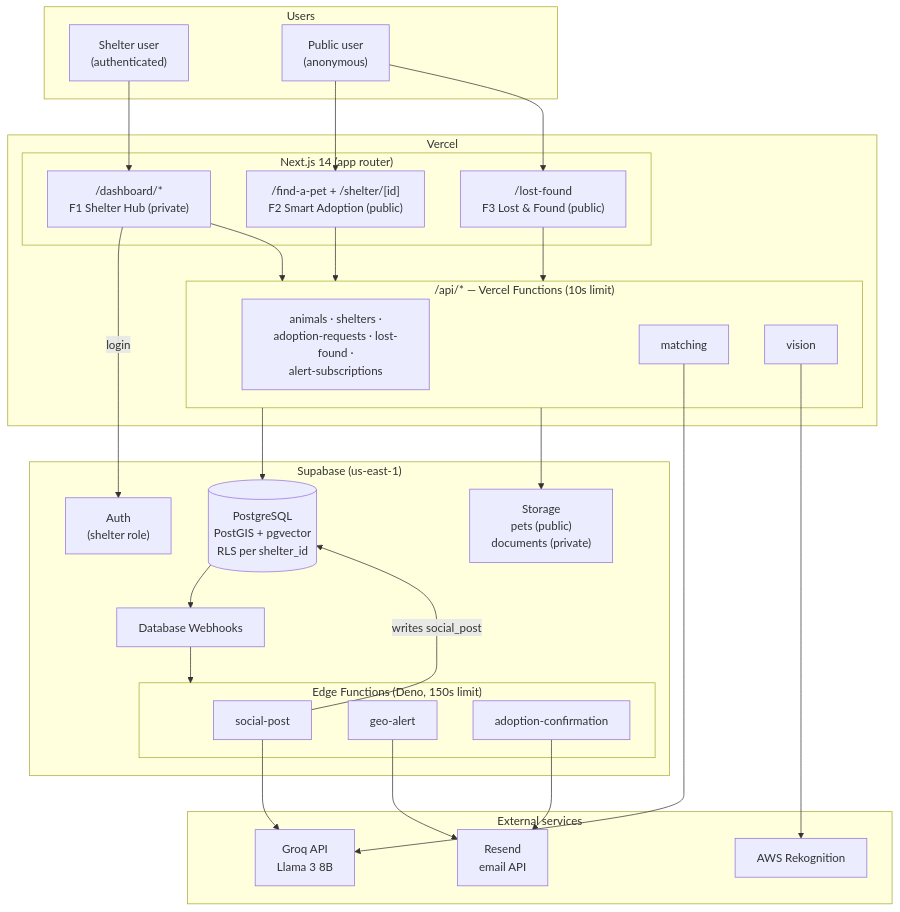
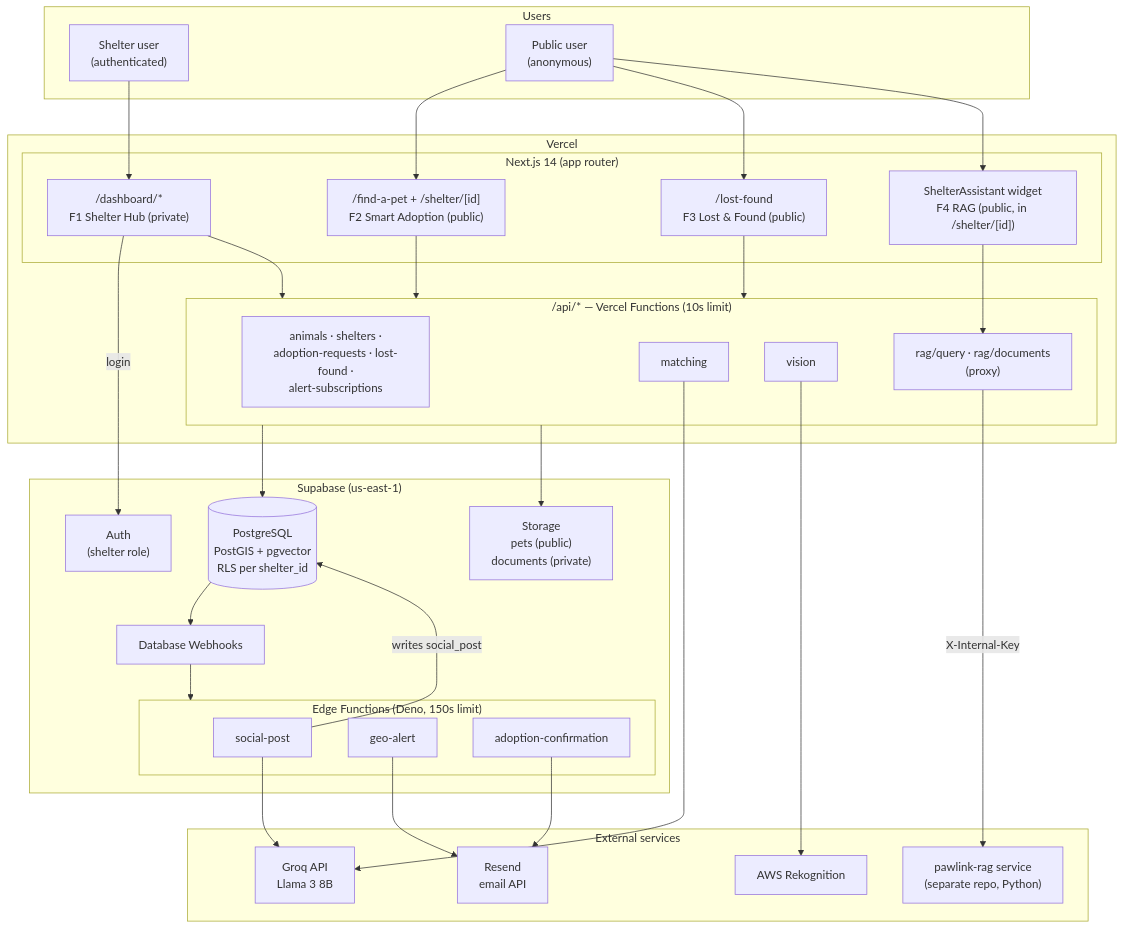
One commit to gamp92/pawlink changed the first of 7 diagrams in docs/architecture.md. Above: the diagram before and after it, drawn with Mermaid. The commit also changed other lines of this file, not shown here.

First line of the commit message:
docs: add F4 RAG assistant (proxy to external pawlink-rag service)

````diff
--- a/docs/architecture.md
+++ b/docs/architecture.md
@@ -13,59 +13,65 @@
 ```mermaid
 flowchart TB
     subgraph Users
         shelter["Shelter user<br/>(authenticated)"]
         public["Public user<br/>(anonymous)"]
     end
 
     subgraph Vercel["Vercel"]
         subgraph next["Next.js 14 (app router)"]
             hub["/dashboard/*<br/>F1 Shelter Hub (private)"]
             findapet["/find-a-pet + /shelter/[id]<br/>F2 Smart Adoption (public)"]
             lostfound["/lost-found<br/>F3 Lost & Found (public)"]
+            assistant["ShelterAssistant widget<br/>F4 RAG (public, in /shelter/[id])"]
         end
         subgraph api["/api/* — Vercel Functions (10s limit)"]
             apiCrud["animals · shelters ·<br/>adoption-requests · lost-found ·<br/>alert-subscriptions"]
             apiMatching["matching"]
             apiVision["vision"]
+            apiRag["rag/query · rag/documents<br/>(proxy)"]
         end
     end
 
     subgraph Supabase["Supabase (us-east-1)"]
         auth["Auth<br/>(shelter role)"]
         db[("PostgreSQL<br/>PostGIS + pgvector<br/>RLS per shelter_id")]
         storage["Storage<br/>pets (public)<br/>documents (private)"]
         webhooks["Database Webhooks"]
         subgraph edge["Edge Functions (Deno, 150s limit)"]
             efSocial["social-post"]
             efGeo["geo-alert"]
             efAdopt["adoption-confirmation"]
         end
     end
 
     subgraph External["External services"]
         groq["Groq API<br/>Llama 3 8B"]
         rekognition["AWS Rekognition"]
         resend["Resend<br/>email API"]
+        ragService["pawlink-rag service<br/>(separate repo, Python)"]
     end
 
     shelter --> hub
     public --> findapet
     public --> lostfound
+    public --> assistant
 
     hub --> api
     findapet --> api
     lostfound --> api
+    assistant --> apiRag
 
     hub -->|login| auth
     api --> db
     api --> storage
     apiMatching --> groq
     apiVision --> rekognition
+    apiRag -->|X-Internal-Key| ragService
 
     db --> webhooks
     webhooks --> edge
     efSocial --> groq
     efGeo --> resend
     efAdopt --> resend
     efSocial -->|writes social_post| db
 ```
````
